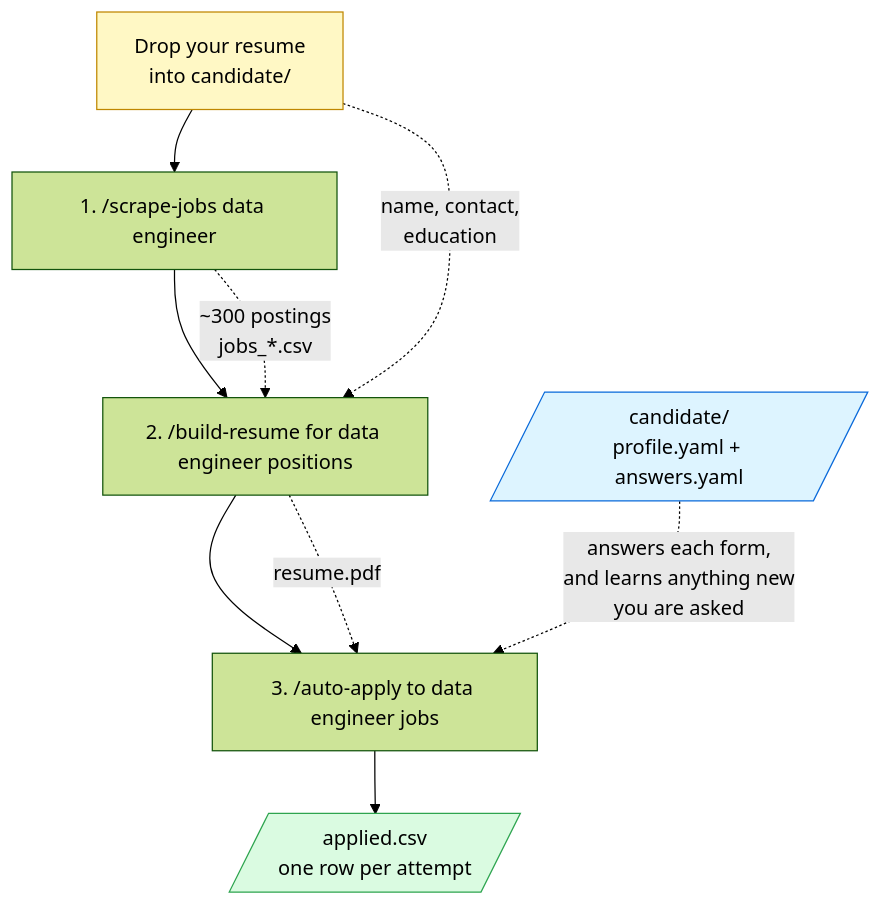
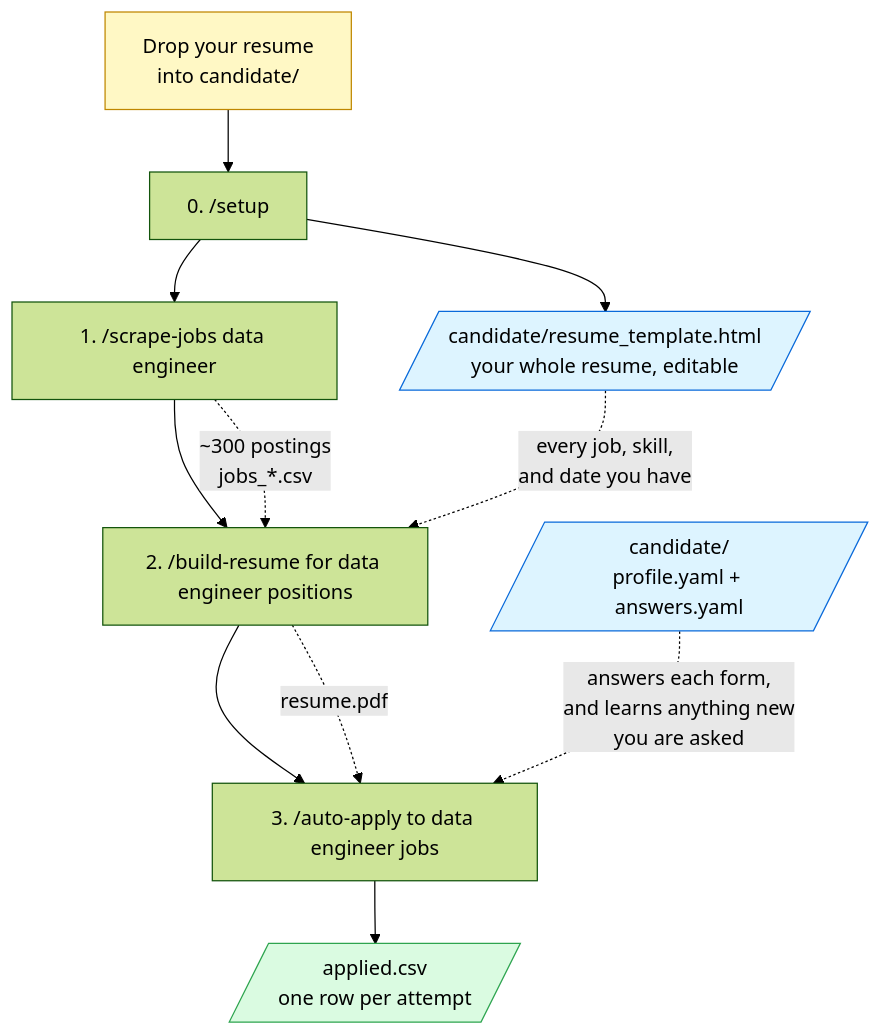
One commit to yuluo/job-bot changed the first of 4 diagrams in README.md. Above: the diagram before and after it, drawn with Mermaid (forest theme). The commit also changed other lines of this file and 4 other files, not shown here.

````diff
--- a/README.md
+++ b/README.md
@@ -7,17 +7,20 @@
 ```mermaid
 flowchart TB
     R["Drop your resume<br/>into candidate/"]
-    R --> S["1. /scrape-jobs data engineer"]
+    R --> SU["0. /setup"]
+    SU --> TPL[/"candidate/resume_template.html<br/>your whole resume, editable"/]
+    SU --> S["1. /scrape-jobs data engineer"]
     S --> B["2. /build-resume for data engineer positions"]
     B --> A["3. /auto-apply to data engineer jobs"]
     A --> LOG[/"applied.csv<br/>one row per attempt"/]
 
     S -. "~300 postings<br/>jobs_*.csv" .-> B
-    R -. "name, contact,<br/>education" .-> B
+    TPL -. "every job, skill,<br/>and date you have" .-> B
     B -. "resume.pdf" .-> A
     KB[/"candidate/<br/>profile.yaml + answers.yaml"/] -. "answers each form,<br/>and learns anything new<br/>you are asked" .-> A
 
     style KB fill:#ddf4ff,stroke:#0969da
+    style TPL fill:#ddf4ff,stroke:#0969da
     style LOG fill:#dafbe1,stroke:#2da44e
     style R fill:#fff8c5,stroke:#bf8700
 ```
````
